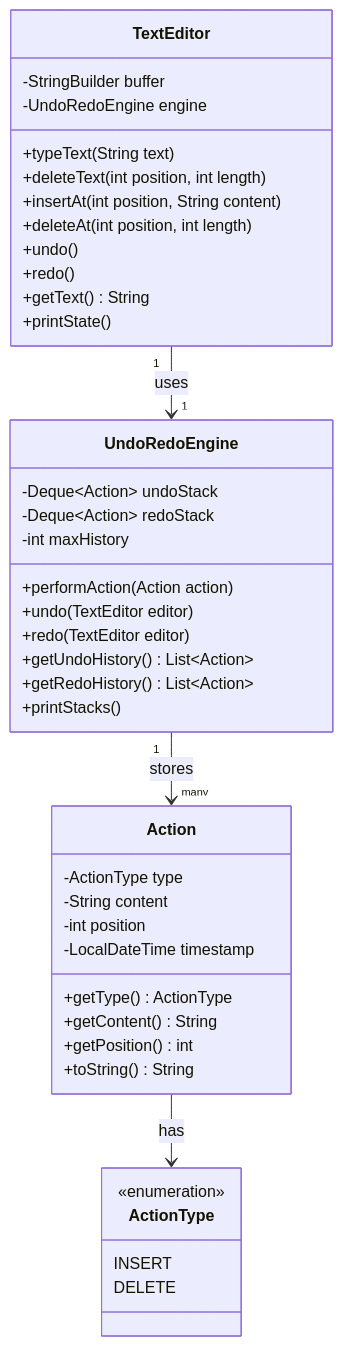
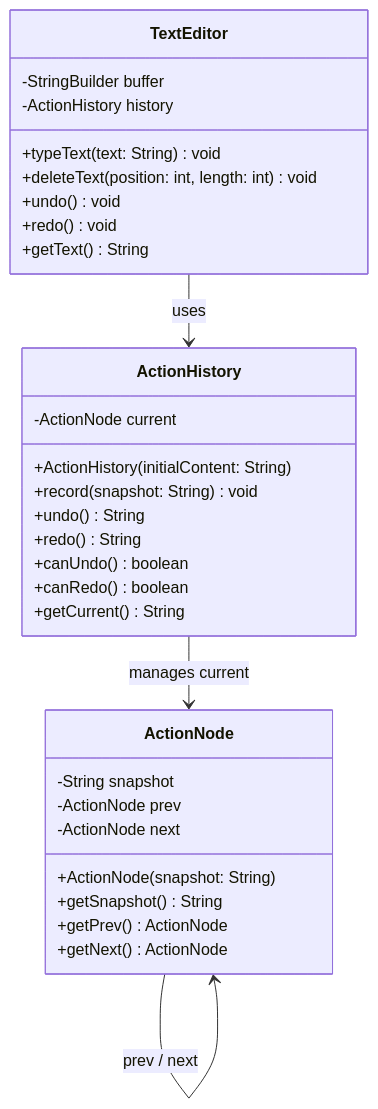
The fourth of 5 diagrams in CSD201/CSD201_Project_UndoRedo_Planning.md (NguyenThanh111/CSD201), drawn with Mermaid before and after one commit. The commit also changed other lines of this file, not shown here.

````diff
--- a/CSD201/CSD201_Project_UndoRedo_Planning.md
+++ b/CSD201/CSD201_Project_UndoRedo_Planning.md
@@ -719,48 +649,37 @@
 ```mermaid
 classDiagram
+    class ActionNode {
+        -String snapshot
+        -ActionNode prev
+        -ActionNode next
+        +ActionNode(snapshot: String)
+        +getSnapshot() String
+        +getPrev() ActionNode
+        +getNext() ActionNode
+    }
+
+    class ActionHistory {
+        -ActionNode current
+        +ActionHistory(initialContent: String)
+        +record(snapshot: String) void
+        +undo() String
+        +redo() String
+        +canUndo() boolean
+        +canRedo() boolean
+        +getCurrent() String
+    }
+
     class TextEditor {
         -StringBuilder buffer
-        -UndoRedoEngine engine
-        +typeText(String text)
-        +deleteText(int position, int length)
-        +insertAt(int position, String content)
-        +deleteAt(int position, int length)
-        +undo()
-        +redo()
+        -ActionHistory history
+        +typeText(text: String) void
+        +deleteText(position: int, length: int) void
+        +undo() void
+        +redo() void
         +getText() String
-        +printState()
     }
 
-    class UndoRedoEngine {
-        -Deque~Action~ undoStack
-        -Deque~Action~ redoStack
-        -int maxHistory
-        +performAction(Action action)
-        +undo(TextEditor editor)
-        +redo(TextEditor editor)
-        +getUndoHistory() List~Action~
-        +getRedoHistory() List~Action~
-        +printStacks()
-    }
-
-    class Action {
-        -ActionType type
-        -String content
-        -int position
-        -LocalDateTime timestamp
-        +getType() ActionType
-        +getContent() String
-        +getPosition() int
-        +toString() String
-    }
-
-    class ActionType {
-        <<enumeration>>
-        INSERT
-        DELETE
-    }
-
-    TextEditor "1" --> "1" UndoRedoEngine : uses
-    UndoRedoEngine "1" --> "many" Action : stores
-    Action --> ActionType : has
+    ActionNode --> ActionNode : prev / next
+    ActionHistory --> ActionNode : manages current
+    TextEditor --> ActionHistory : uses
 ```
````
